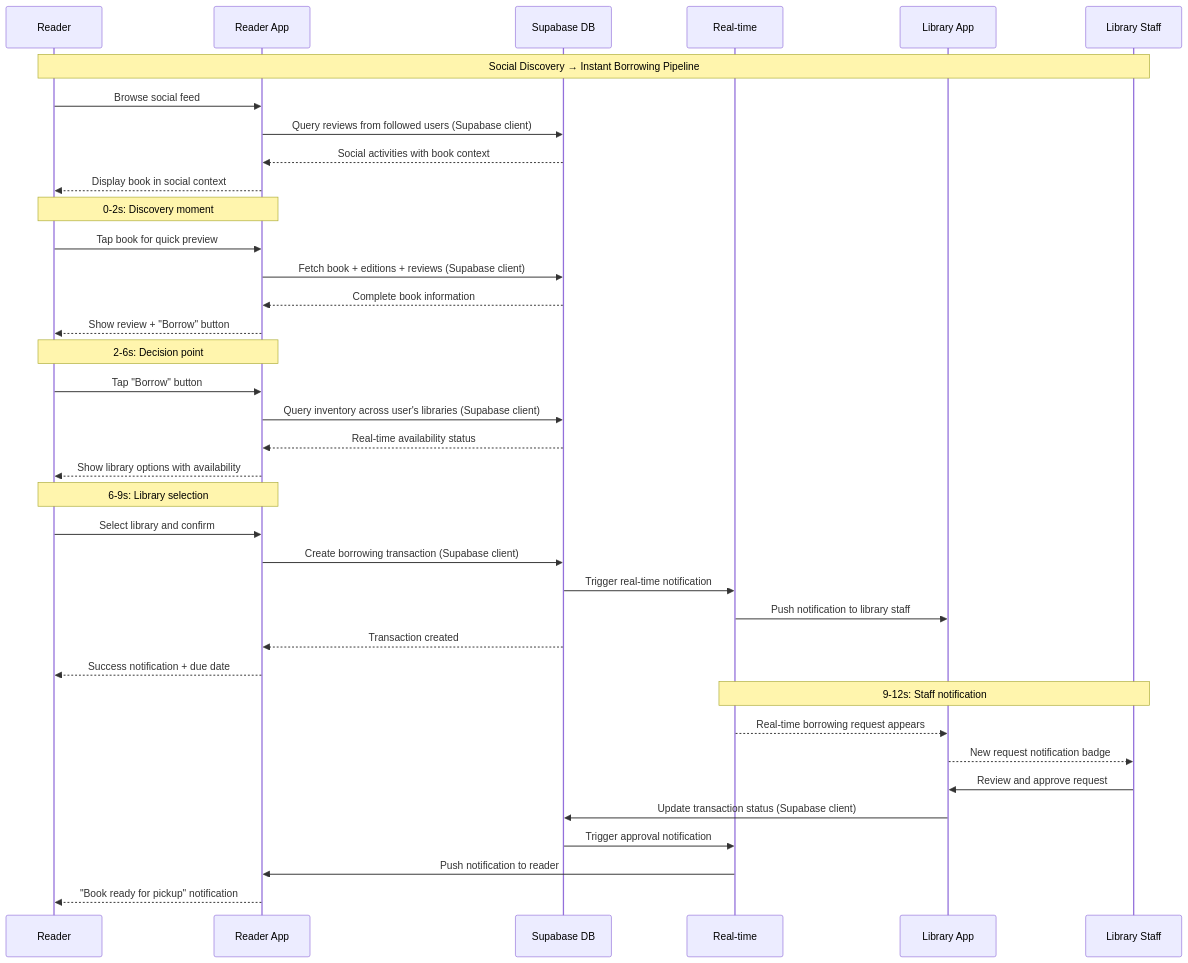
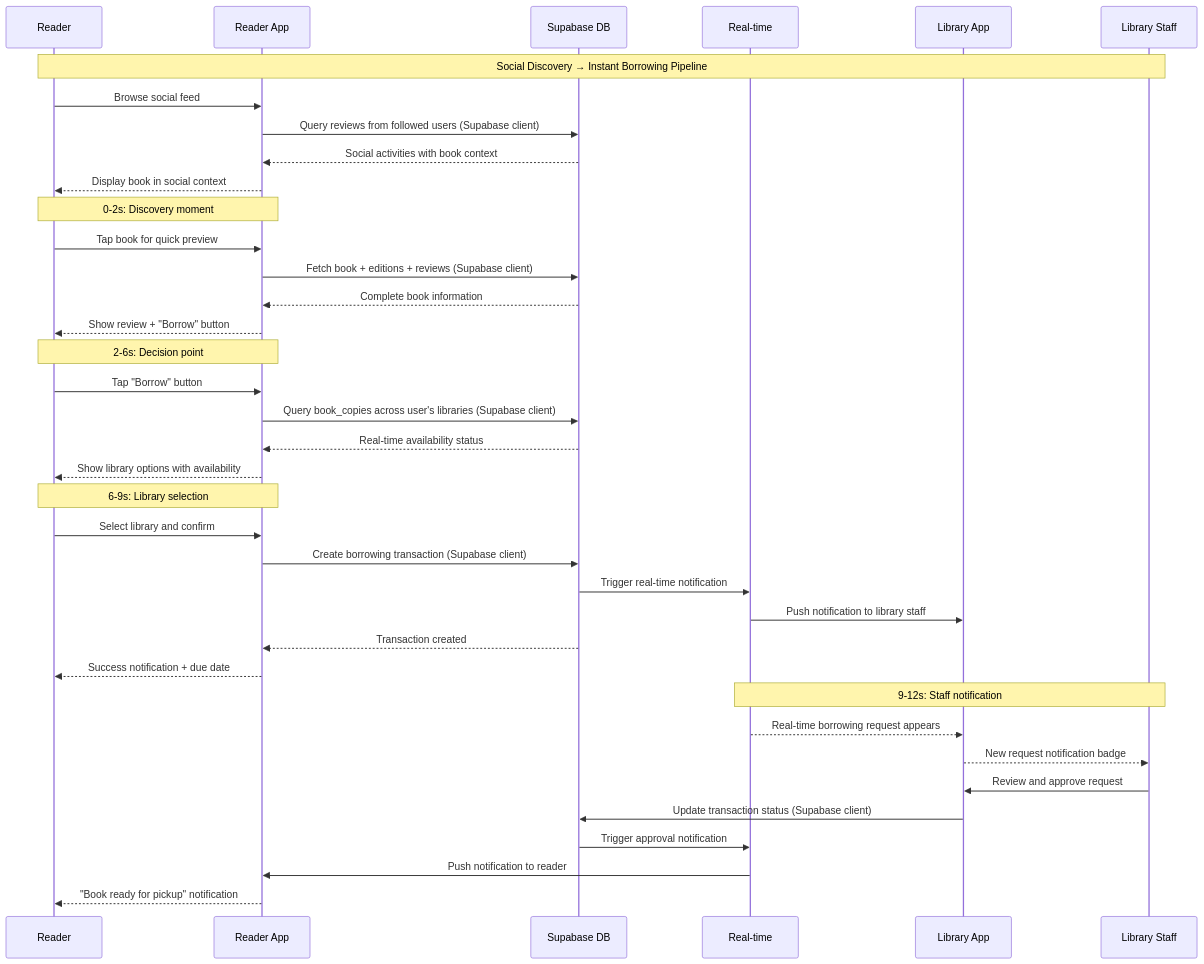
Before and after one commit to tronghieu/ezlib: the first of 3 diagrams in docs/architecture/core-workflows.md, drawn with Mermaid. The commit also changed other lines of this file and 7 other files, not shown here.

First line of the commit message:
Update architecture documentation to monolithic NextJS 15.5.2 approach

````diff
--- a/docs/architecture/core-workflows.md
+++ b/docs/architecture/core-workflows.md
@@ -7,45 +7,45 @@
 ```mermaid
 sequenceDiagram
     participant R as Reader
     participant RA as Reader App
     participant DB as Supabase DB
     participant RT as Real-time
     participant LA as Library App
     participant LS as Library Staff
 
     Note over R,LS: Social Discovery → Instant Borrowing Pipeline
 
     R->>RA: Browse social feed
     RA->>DB: Query reviews from followed users (Supabase client)
     DB-->>RA: Social activities with book context
     RA-->>R: Display book in social context
 
     Note over R,RA: 0-2s: Discovery moment
     R->>RA: Tap book for quick preview
     RA->>DB: Fetch book + editions + reviews (Supabase client)
     DB-->>RA: Complete book information
     RA-->>R: Show review + "Borrow" button
 
     Note over R,RA: 2-6s: Decision point
     R->>RA: Tap "Borrow" button
-    RA->>DB: Query inventory across user's libraries (Supabase client)
+    RA->>DB: Query book_copies across user's libraries (Supabase client)
     DB-->>RA: Real-time availability status
     RA-->>R: Show library options with availability
 
     Note over R,RA: 6-9s: Library selection
     R->>RA: Select library and confirm
     RA->>DB: Create borrowing transaction (Supabase client)
     DB->>RT: Trigger real-time notification
     RT->>LA: Push notification to library staff
     DB-->>RA: Transaction created
     RA-->>R: Success notification + due date
 
     Note over RT,LS: 9-12s: Staff notification
     RT-->>LA: Real-time borrowing request appears
     LA-->>LS: New request notification badge
     LS->>LA: Review and approve request
     LA->>DB: Update transaction status (Supabase client)
     DB->>RT: Trigger approval notification
     RT->>RA: Push notification to reader
     RA-->>R: "Book ready for pickup" notification
 ```
````
